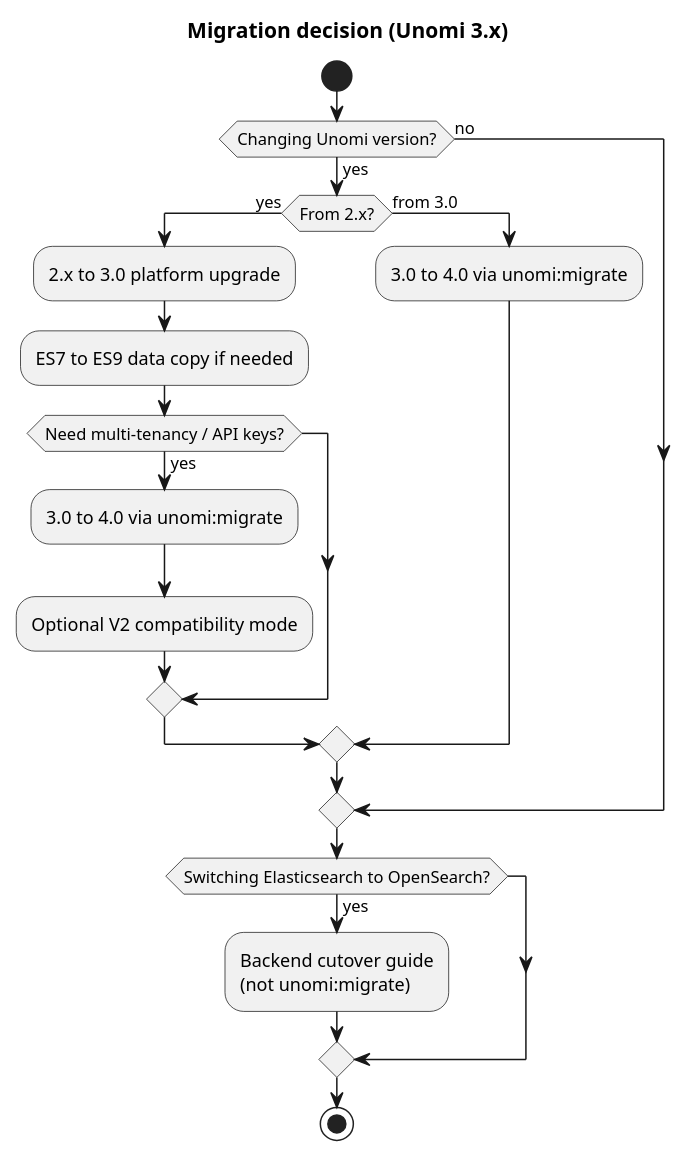
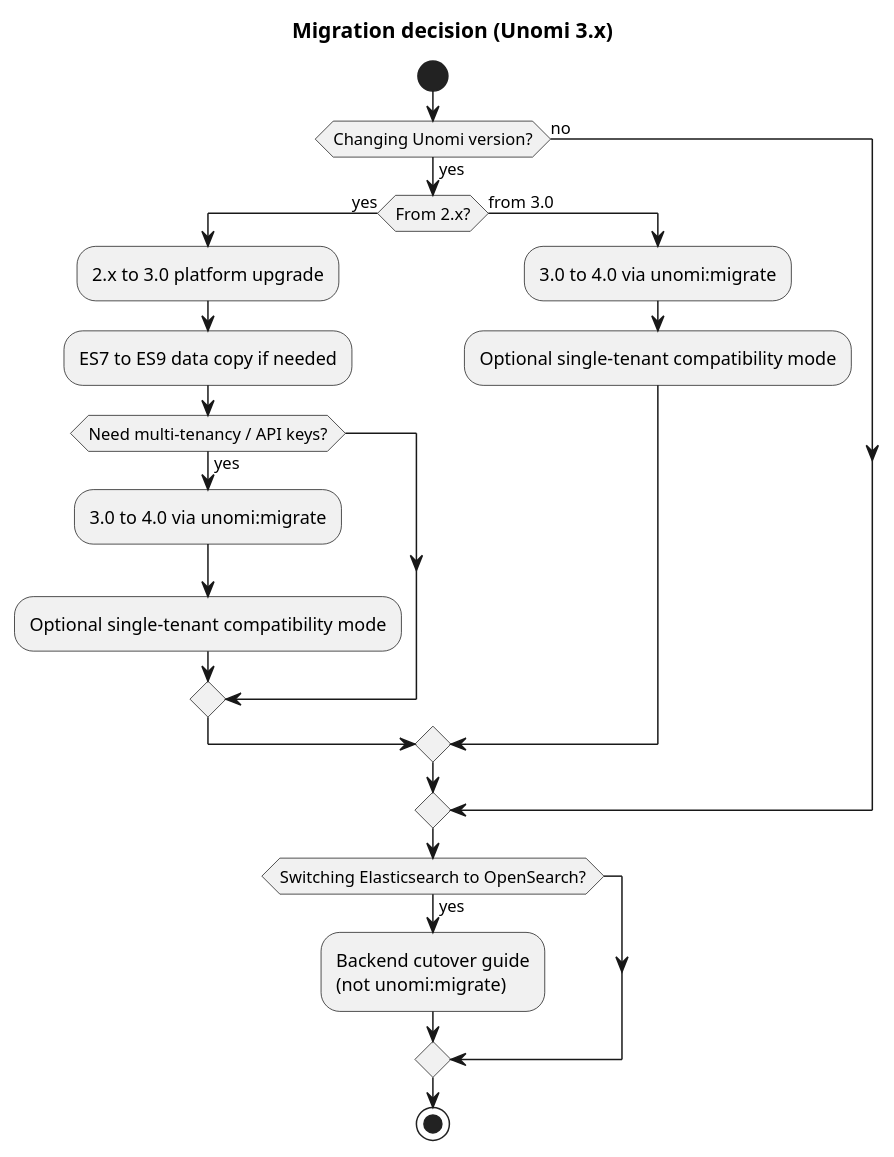
Before and after one commit to apache/unomi: the diagram in manual/src/main/asciidoc/migrations/migrations.adoc, drawn with PlantUML. The commit also changed other lines of this file and 21 other files, not shown here.

Commit message:
UNOMI-1009 UNOMI-1010 UNOMI-1012: Document 4.0 breaking changes and compatibility mode (#941)

```diff
--- a/manual/src/main/asciidoc/migrations/migrations.adoc
+++ b/manual/src/main/asciidoc/migrations/migrations.adoc
@@ -23,26 +23,27 @@
 [plantuml]
 ----
 @startuml
 skinparam shadowing false
 title Migration decision (Unomi 3.x)
 
 start
 if (Changing Unomi version?) then (yes)
   if (From 2.x?) then (yes)
     :2.x to 3.0 platform upgrade;
     :ES7 to ES9 data copy if needed;
     if (Need multi-tenancy / API keys?) then (yes)
       :3.0 to 4.0 via unomi:migrate;
-      :Optional V2 compatibility mode;
+      :Optional single-tenant compatibility mode;
     endif
   else (from 3.0)
     :3.0 to 4.0 via unomi:migrate;
+    :Optional single-tenant compatibility mode;
   endif
 else (no)
 endif
 if (Switching Elasticsearch to OpenSearch?) then (yes)
   :Backend cutover guide\n(not unomi:migrate);
 endif
 stop
 @enduml
 ----
```
